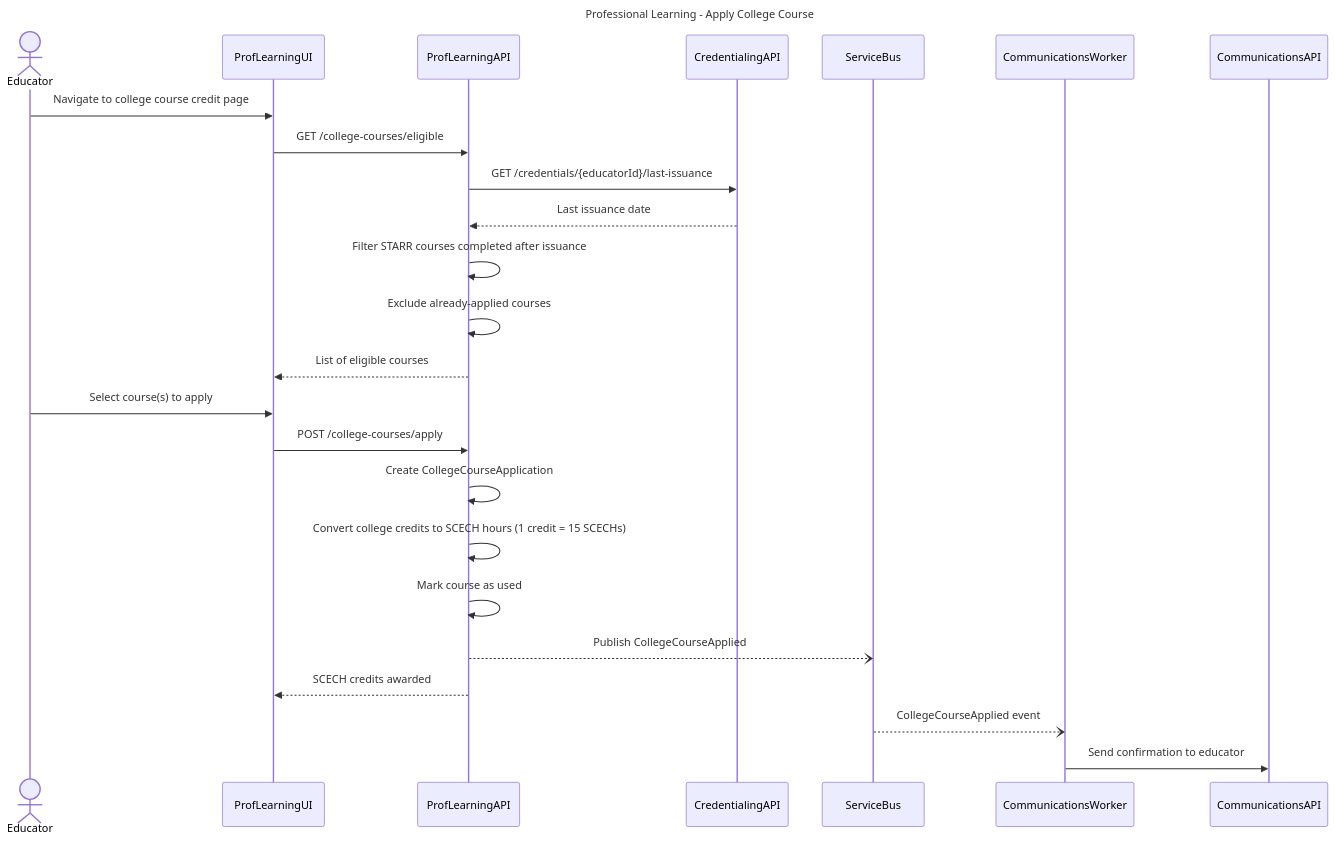
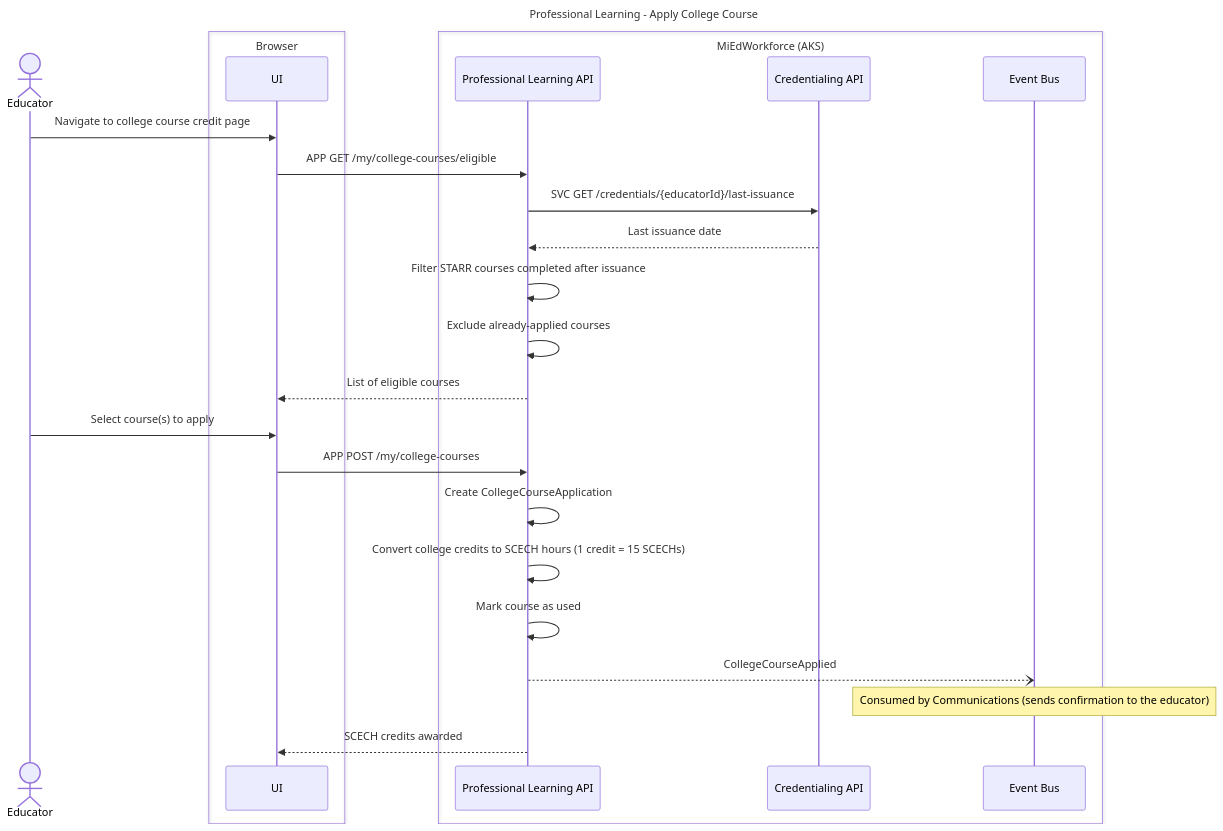
Before and after one commit to mnichols-dl/mied-design: the ninth of 10 diagrams in working-docs/solution-areas/proflearning/proflearning-sequences.md, drawn with Mermaid. The commit also changed other lines of this file and 34 other files, not shown here.

Commit message:
Update sequences and perform RTM assessment

````diff
--- a/working-docs/solution-areas/proflearning/proflearning-sequences.md
+++ b/working-docs/solution-areas/proflearning/proflearning-sequences.md
@@ -506,30 +532,32 @@
 ```mermaid
 ---
 title: Professional Learning - Apply College Course
 ---
 sequenceDiagram
     actor Educator
-    participant ProfLearningUI
-    participant ProfLearningAPI
-    participant CredentialingAPI
-    participant ServiceBus
-    
-    Educator->>ProfLearningUI: Navigate to college course credit page
-    ProfLearningUI->>ProfLearningAPI: GET /college-courses/eligible
-    ProfLearningAPI->>CredentialingAPI: GET /credentials/{educatorId}/last-issuance
-    CredentialingAPI-->>ProfLearningAPI: Last issuance date
-    ProfLearningAPI->>ProfLearningAPI: Filter STARR courses completed after issuance
-    ProfLearningAPI->>ProfLearningAPI: Exclude already-applied courses
-    ProfLearningAPI-->>ProfLearningUI: List of eligible courses
-    
-    Educator->>ProfLearningUI: Select course(s) to apply
-    ProfLearningUI->>ProfLearningAPI: POST /college-courses/apply
-    ProfLearningAPI->>ProfLearningAPI: Create CollegeCourseApplication
-    ProfLearningAPI->>ProfLearningAPI: Convert college credits to SCECH hours (1 credit = 15 SCECHs)
-    ProfLearningAPI->>ProfLearningAPI: Mark course as used
-    ProfLearningAPI--)ServiceBus: Publish CollegeCourseApplied
-    ProfLearningAPI-->>ProfLearningUI: SCECH credits awarded
-    
-    ServiceBus--)CommunicationsWorker: CollegeCourseApplied event
-    CommunicationsWorker->>CommunicationsAPI: Send confirmation to educator
+    box Browser
+        participant UI as UI
+    end
+    box MiEdWorkforce (AKS)
+        participant ProfLearningApi as Professional Learning API
+        participant CredApi as Credentialing API
+        participant EventBus as Event Bus
+    end
+
+    Educator->>UI: Navigate to college course credit page
+    UI->>ProfLearningApi: APP GET /my/college-courses/eligible
+    ProfLearningApi->>CredApi: SVC GET /credentials/{educatorId}/last-issuance
+    CredApi-->>ProfLearningApi: Last issuance date
+    ProfLearningApi->>ProfLearningApi: Filter STARR courses completed after issuance
+    ProfLearningApi->>ProfLearningApi: Exclude already-applied courses
+    ProfLearningApi-->>UI: List of eligible courses
+
+    Educator->>UI: Select course(s) to apply
+    UI->>ProfLearningApi: APP POST /my/college-courses
+    ProfLearningApi->>ProfLearningApi: Create CollegeCourseApplication
+    ProfLearningApi->>ProfLearningApi: Convert college credits to SCECH hours (1 credit = 15 SCECHs)
+    ProfLearningApi->>ProfLearningApi: Mark course as used
+    ProfLearningApi--)EventBus: CollegeCourseApplied
+    Note over EventBus: Consumed by Communications (sends confirmation to the educator)
+    ProfLearningApi-->>UI: SCECH credits awarded
 ```
````
